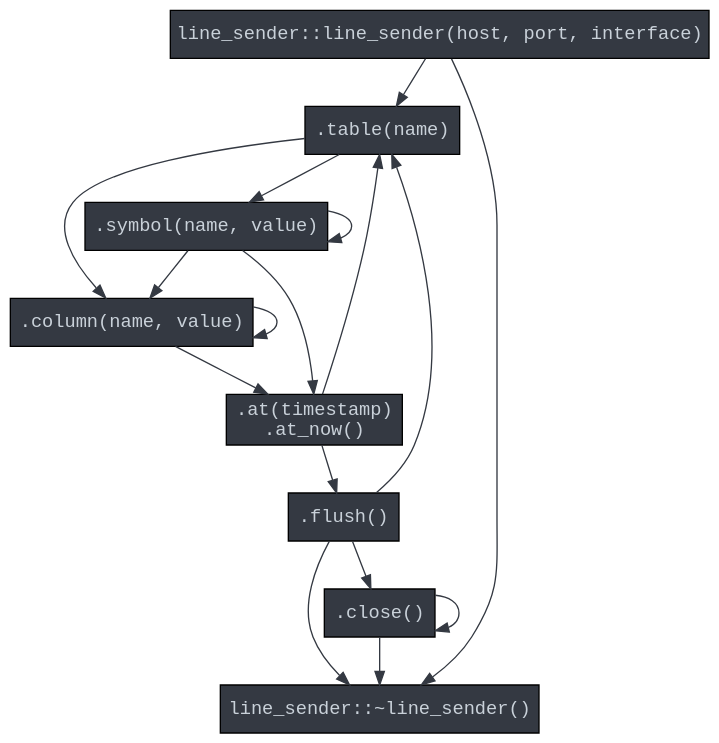
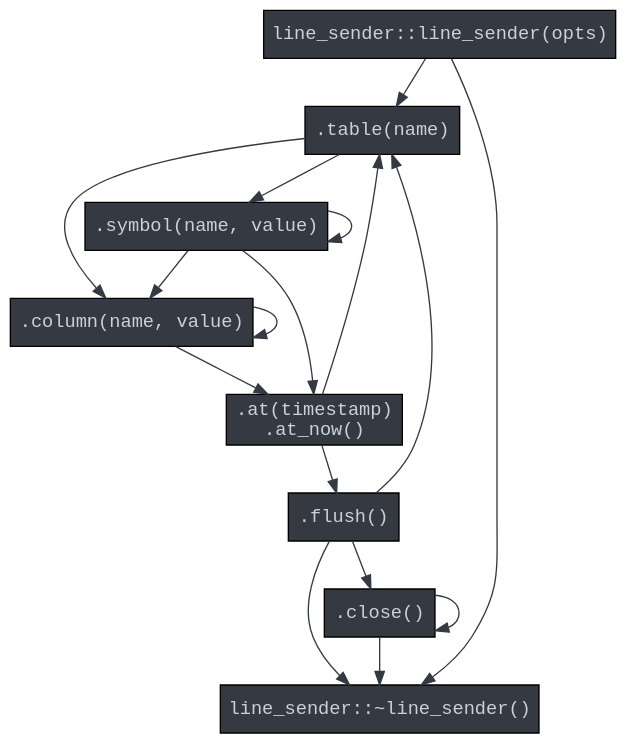
One commit to questdb/c-questdb-client changed the diagram in api_seq/cpp.dot. Above: the diagram before and after it, drawn with Graphviz. The commit also changed 4 other files, not shown here.

```diff
--- a/api_seq/cpp.dot
+++ b/api_seq/cpp.dot
@@ -1,37 +1,37 @@
 digraph line_sender_cpp_api {
 
   graph [bgcolor=transparent];
   node [
     style=filled,
     shape=box,
     fillcolor="#343942",
     fontcolor="#C9D1D9",
     fontname=monospace];
   edge [color="#343942"];
 
   line_sender -> table;
   line_sender -> dtor;
   table -> symbol;
   symbol -> symbol;
   symbol -> column;
   symbol -> at;
   table -> column;
   column -> column;
   column -> at;
   at -> flush;
   flush -> close;
   flush -> dtor;
   at -> table;
   flush -> table;
   close -> close;
   close -> dtor;
 
-  line_sender [label="line_sender::line_sender(host, port, interface)"];
+  line_sender [label="line_sender::line_sender(opts)"];
   table [label=".table(name)"];
   symbol [label=".symbol(name, value)"];
   column [label=".column(name, value)"]
   flush [label=".flush()"];
   close [label=".close()"];
   dtor [label="line_sender::~line_sender()"];
   at [label=".at(timestamp)\n.at_now()"];
 }
```
